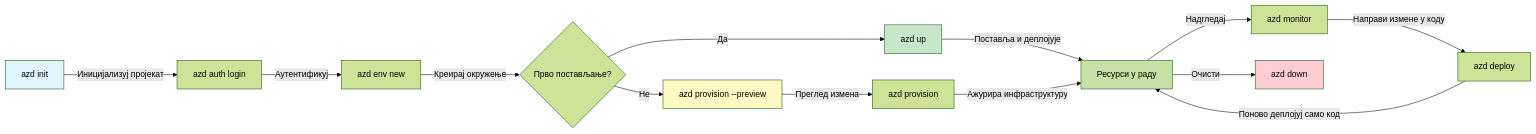
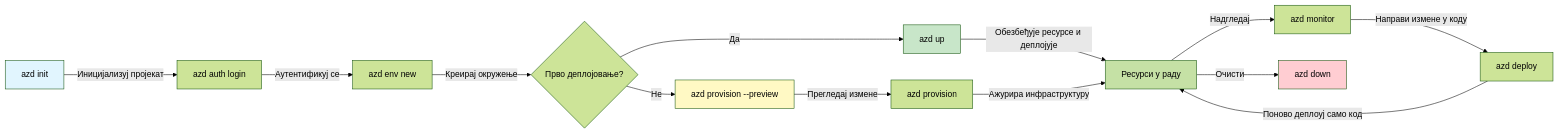
One commit to microsoft/AZD-for-beginners changed the first of 2 diagrams in translations/sr/docs/chapter-01-foundation/azd-basics.md. Above: the diagram before and after it, drawn with Mermaid (forest theme). The commit also changed other lines of this file and 101 other files, not shown here.

````diff
--- a/translations/sr/docs/chapter-01-foundation/azd-basics.md
+++ b/translations/sr/docs/chapter-01-foundation/azd-basics.md
@@ -254,21 +269,21 @@
 ```mermaid
 graph LR
     A[azd init] -->|Иницијализуј пројекат| B[azd auth login]
-    B -->|Аутентификуј| C[azd env new]
-    C -->|Креирај окружење| D{Прво постављање?}
+    B -->|Аутентификуј се| C[azd env new]
+    C -->|Креирај окружење| D{Прво деплојовање?}
     D -->|Да| E[azd up]
     D -->|Не| F[azd provision --preview]
-    F -->|Преглед измена| G[azd provision]
-    E -->|Поставља и деплојује| H[Ресурси у раду]
+    F -->|Прегледај измене| G[azd provision]
+    E -->|Обезбеђује ресурсе и деплојује| H[Ресурси у раду]
     G -->|Ажурира инфраструктуру| H
     H -->|Надгледај| I[azd monitor]
     I -->|Направи измене у коду| J[azd deploy]
-    J -->|Поново деплојуј само код| H
+    J -->|Поново деплоуј само код| H
     H -->|Очисти| K[azd down]
     
     style A fill:#e1f5fe
     style E fill:#c8e6c9
     style F fill:#fff9c4
     style H fill:#c5e1a5
     style K fill:#ffcdd2
 ```
````
